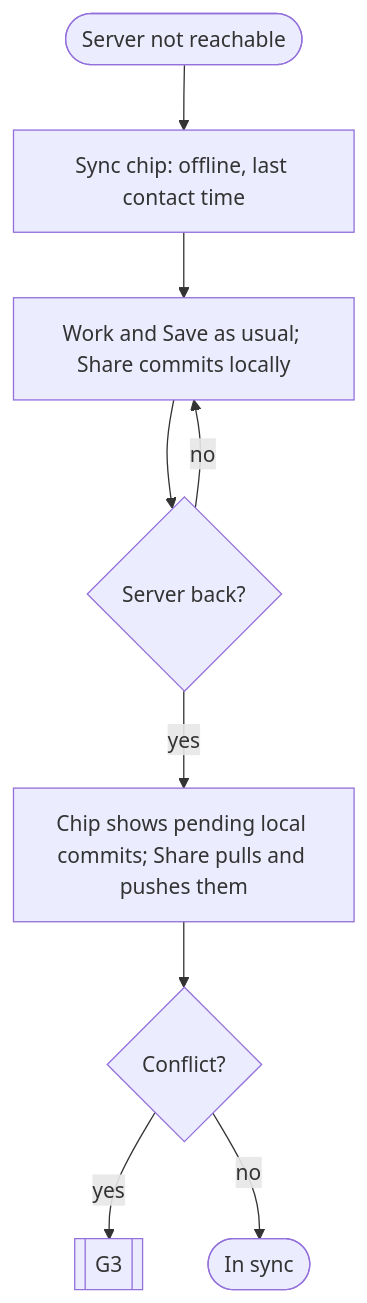
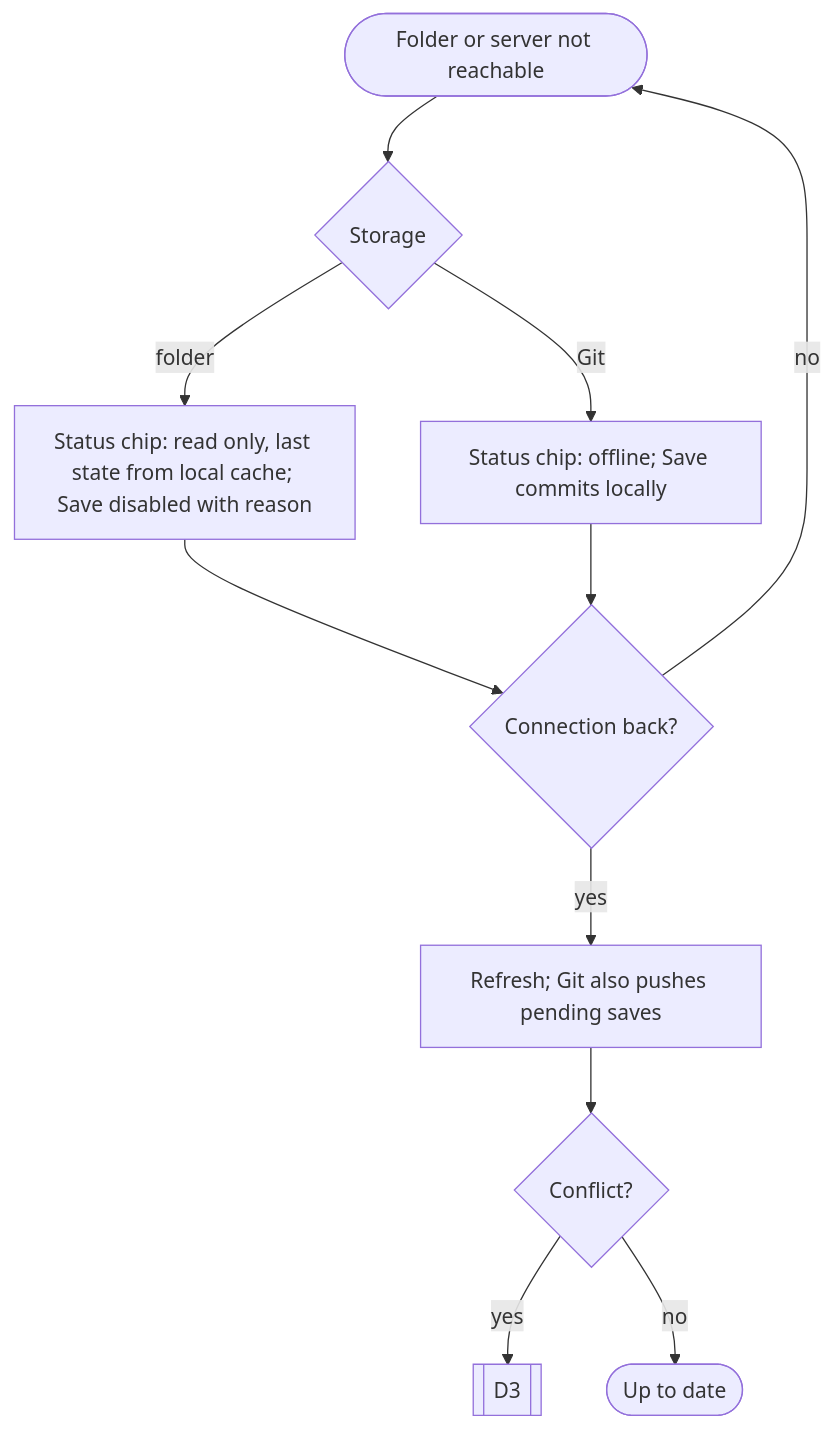
Before and after one commit to swallat/foresprint: diagram 13 of 15 in docs/redesign/flows.md, drawn with Mermaid. The commit also changed other lines of this file and 1 other file, not shown here.

First line of the commit message:
Make data flows storage-neutral (shared folder or Git) and define the storage interface

````diff
--- a/docs/redesign/flows.md
+++ b/docs/redesign/flows.md
@@ -340,11 +338,12 @@
 ```mermaid
 flowchart TD
-  O([Server not reachable]) --> C[Sync chip: offline, last contact time]
-  C --> W[Work and Save as usual; Share commits locally]
-  W --> R{Server back?}
-  R -- no --> W
-  R -- yes --> P[Chip shows pending local commits; Share pulls and pushes them]
-  P --> K{Conflict?}
-  K -- yes --> G3[[G3]]
-  K -- no --> D([In sync])
+  O([Folder or server not reachable]) --> ST{Storage}
+  ST -- folder --> RO[Status chip: read only, last state from local cache; Save disabled with reason]
+  ST -- Git --> LW[Status chip: offline; Save commits locally]
+  RO --> R{Connection back?}
+  LW --> R
+  R -- no --> O
+  R -- yes --> RF[Refresh; Git also pushes pending saves] --> K{Conflict?}
+  K -- yes --> D3[[D3]]
+  K -- no --> D([Up to date])
 ```
````
